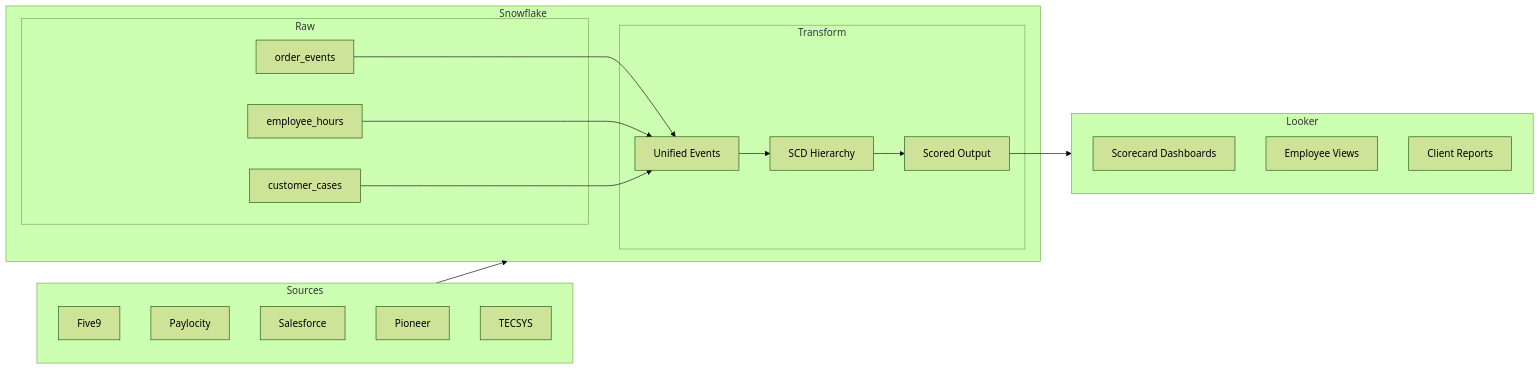
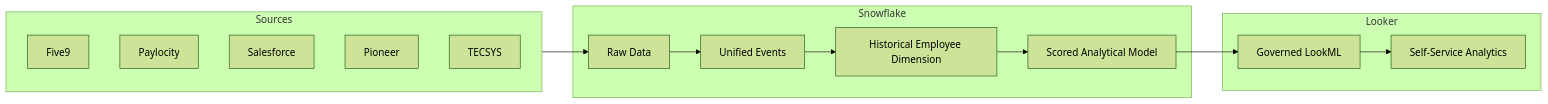
One commit to Minna-Cross/Minna-Cross changed the second of 3 diagrams in README.md. Above: the diagram before and after it, drawn with Mermaid (forest theme). The commit also changed other lines of this file, not shown here.

````diff
--- a/README.md
+++ b/README.md
@@ -108,36 +92,29 @@
 ```mermaid
-    flowchart LR
-        subgraph Sources
-            F[Five9]
-            P[Paylocity]
-            S[Salesforce]
-            Ph[Pioneer]
-            T[TECSYS]
-        end
-    
-        subgraph Snowflake
-            subgraph Raw
-                R1[order_events]
-                R2[employee_hours]
-                R3[customer_cases]
-            end
-    
-            subgraph Transform
-                T1[Unified Events]
-                T2[SCD Hierarchy]
-                T3[Scored Output]
-            end
-        end
-    
-        subgraph Looker
-            L1[Scorecard Dashboards]
-            L2[Employee Views]
-            L3[Client Reports]
-        end
-    
-        Sources --> Snowflake
-        R1 & R2 & R3 --> T1
-        T1 --> T2
-        T2 --> T3
-        T3 --> Looker
+flowchart LR
+    subgraph Sources
+        F[Five9]
+        P[Paylocity]
+        S[Salesforce]
+        PH[Pioneer]
+        T[TECSYS]
+    end
+
+    subgraph Snowflake
+        Raw[Raw Data]
+        Events[Unified Events]
+        SCD[Historical Employee Dimension]
+        Model[Scored Analytical Model]
+    end
+
+    subgraph Looker
+        Explore[Governed LookML]
+        Reporting[Self-Service Analytics]
+    end
+
+    Sources --> Raw
+    Raw --> Events
+    Events --> SCD
+    SCD --> Model
+    Model --> Explore
+    Explore --> Reporting
 ```
````
